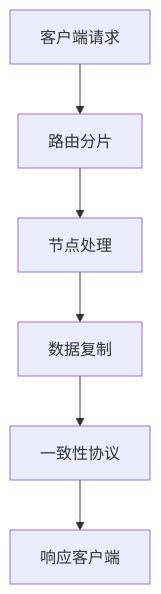
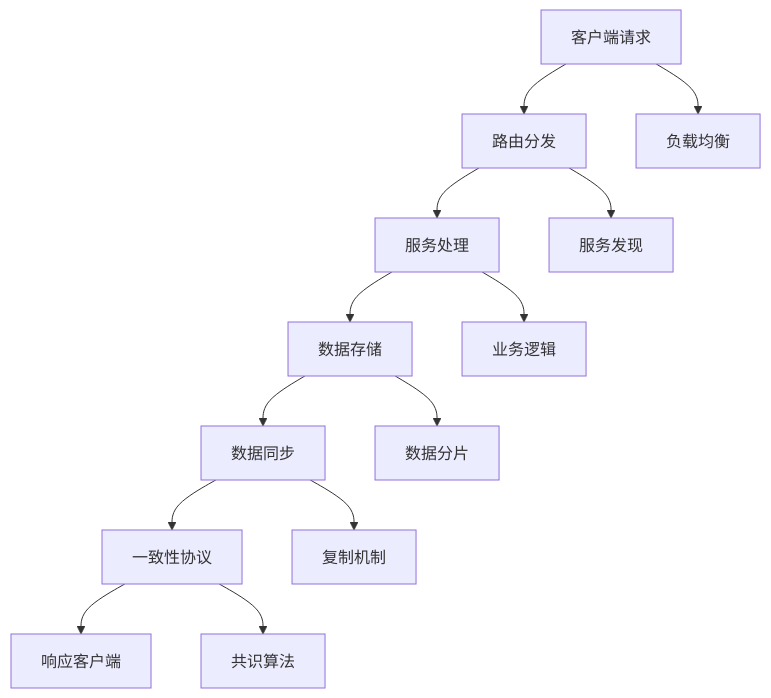
Before and after one commit to AdaMartin18010/SystemOSIOT: the eighth of 9 diagrams in 4.分布式系统/4.1 知识梳理/4.1.5 相关案例.md, drawn with Mermaid. The commit also changed other lines of this file and 118 other files, not shown here.

````diff
--- a/4.分布式系统/4.1 知识梳理/4.1.5 相关案例.md
+++ b/4.分布式系统/4.1 知识梳理/4.1.5 相关案例.md
@@ -36,4 +554,16 @@
 ```mermaid
-graph TD;
-  Start[客户端请求] --> Route[路由分片] --> Node[节点处理] --> Rep[数据复制] --> Cons[一致性协议] --> Resp[响应客户端];
+graph TD
+    Start[客户端请求] --> Route[路由分发]
+    Route --> Process[服务处理]
+    Process --> Store[数据存储]
+    Store --> Sync[数据同步]
+    Sync --> Consensus[一致性协议]
+    Consensus --> Response[响应客户端]
+    
+    Start --> S1[负载均衡]
+    Route --> R1[服务发现]
+    Process --> P1[业务逻辑]
+    Store --> ST1[数据分片]
+    Sync --> SY1[复制机制]
+    Consensus --> C1[共识算法]
 ```
````
